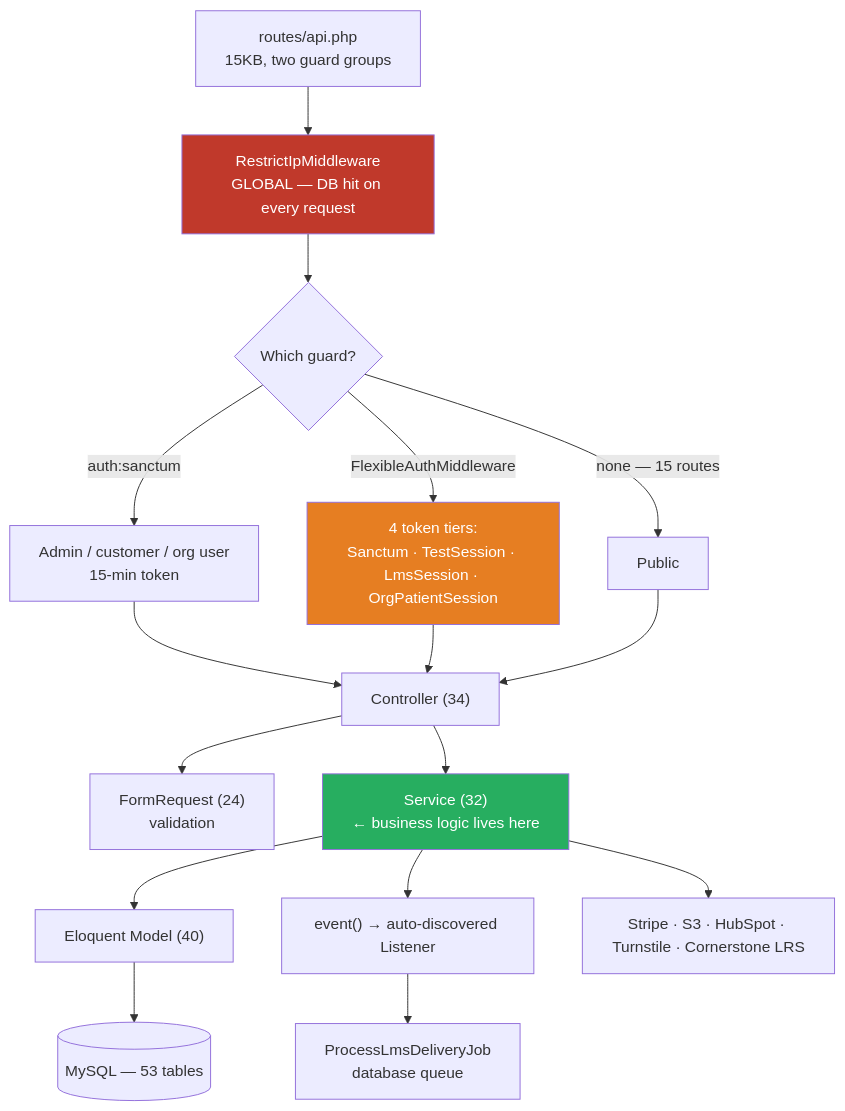
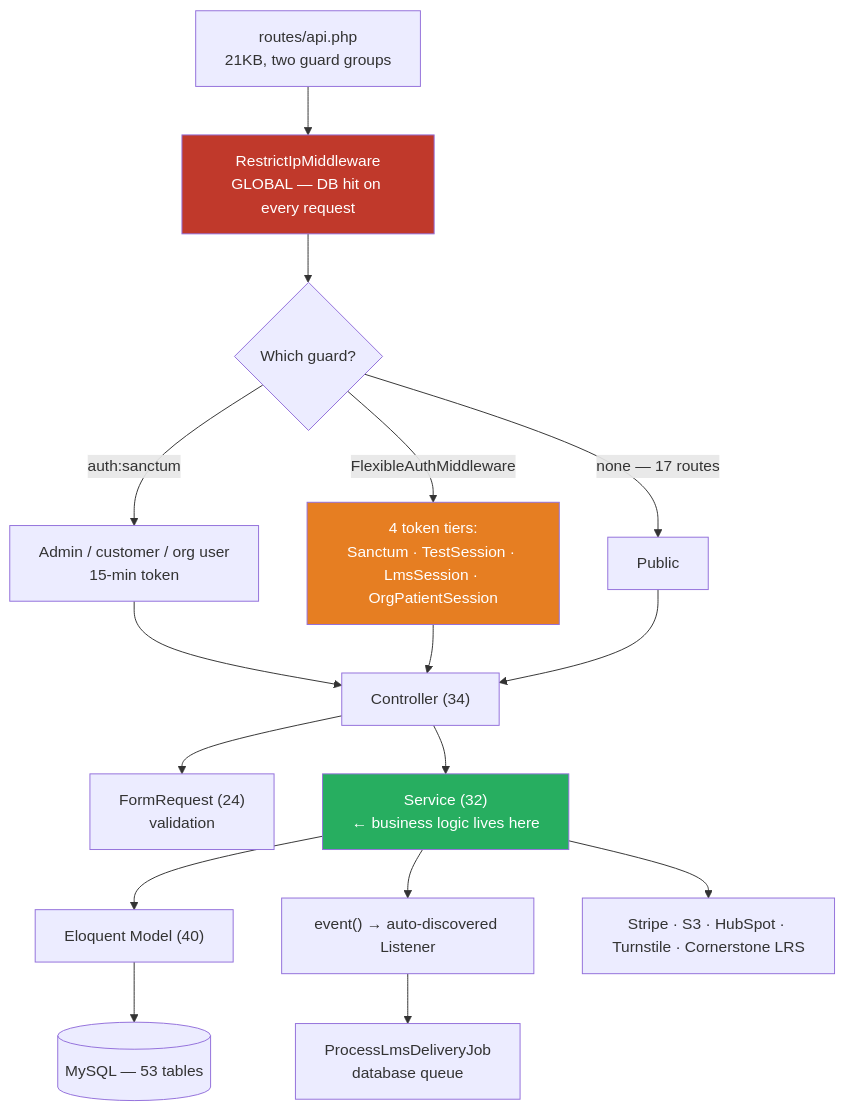
One commit to Waggoner-Diagnostics/tcv_ai_knowledge_base changed the diagram in AI_KNOWLEDGE_BASE/ARCHITECTURE_REALITY.md. Above: the diagram before and after it, drawn with Mermaid. The commit also changed other lines of this file and 51 other files, not shown here.

````diff
--- a/AI_KNOWLEDGE_BASE/ARCHITECTURE_REALITY.md
+++ b/AI_KNOWLEDGE_BASE/ARCHITECTURE_REALITY.md
@@ -144,22 +144,22 @@
 ```mermaid
 graph TD
-    R["routes/api.php<br/>15KB, two guard groups"] --> G["RestrictIpMiddleware<br/>GLOBAL — DB hit on every request"]
+    R["routes/api.php<br/>21KB, two guard groups"] --> G["RestrictIpMiddleware<br/>GLOBAL — DB hit on every request"]
     G --> A{"Which guard?"}
     A -->|"auth:sanctum"| S1["Admin / customer / org user<br/>15-min token"]
     A -->|"FlexibleAuthMiddleware"| S2["4 token tiers:<br/>Sanctum · TestSession · LmsSession · OrgPatientSession"]
-    A -->|"none — 15 routes"| S3["Public"]
+    A -->|"none — 17 routes"| S3["Public"]
     S1 --> C["Controller (34)"]
     S2 --> C
     S3 --> C
     C --> FR["FormRequest (24)<br/>validation"]
     C --> SV["Service (32)<br/>← business logic lives here"]
     SV --> M["Eloquent Model (40)"]
     SV --> EV["event() → auto-discovered Listener"]
     EV --> J["ProcessLmsDeliveryJob<br/>database queue"]
     SV --> EXT["Stripe · S3 · HubSpot · Turnstile · Cornerstone LRS"]
     M --> DB[("MySQL — 53 tables")]
 
     style G fill:#c0392b,color:#fff
     style S2 fill:#e67e22,color:#fff
     style SV fill:#27ae60,color:#fff
 ```
````
